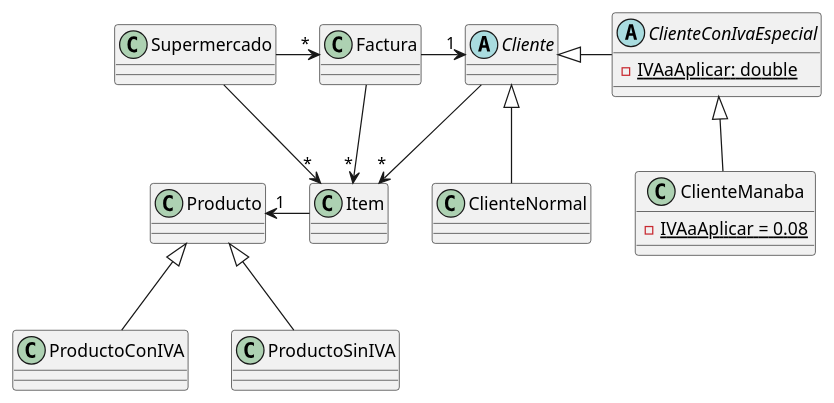
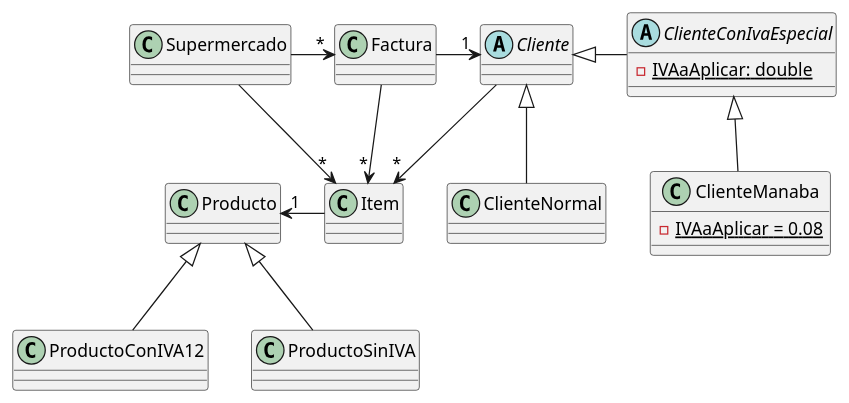
One commit to ViKunn/ProgramacionII changed the diagram in SistemaDeFacturacion/src/DiagramaSimplificado.puml. Above: the diagram before and after it, drawn with PlantUML. The commit also changed 6 other files, not shown here.

```diff
--- a/SistemaDeFacturacion/src/DiagramaSimplificado.puml
+++ b/SistemaDeFacturacion/src/DiagramaSimplificado.puml
@@ -1,34 +1,34 @@
 @startuml
 'https://plantuml.com/class-diagram
 
 abstract class Cliente
 
 abstract class ClienteConIvaEspecial{
     - {static} IVAaAplicar: double
 }
 
 class ClienteNormal
 
 class ClienteManaba {
     - {static} IVAaAplicar = 0.08
 }
 
 
 Supermercado -r-> "*" Factura
 Supermercado -> "*" Item
 
 Factura -> "1" Cliente
 Factura -> "*" Item
 
 Cliente --> "*" Item
 Cliente <|-- ClienteNormal
 Cliente <|-r- ClienteConIvaEspecial
 ClienteConIvaEspecial <|-- ClienteManaba
 
 
 Item -l-> "1" Producto
 
-Producto <|-- ProductoConIVA
+Producto <|-- ProductoConIVA12
 Producto <|-- ProductoSinIVA
 
 @enduml
```
